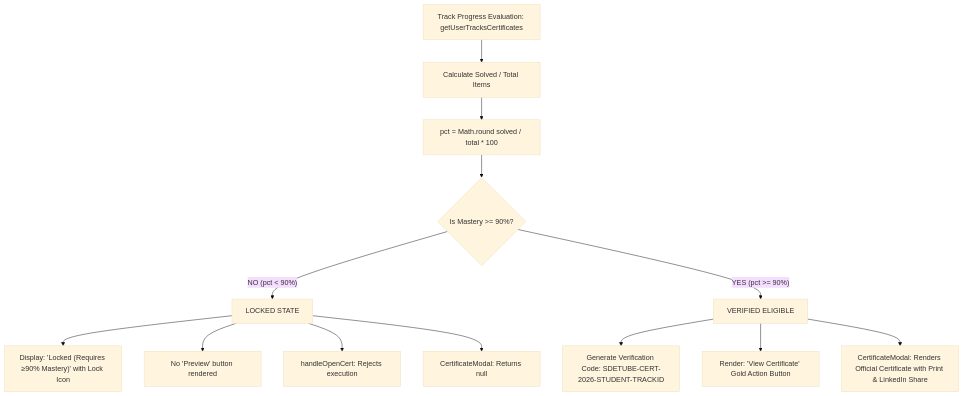
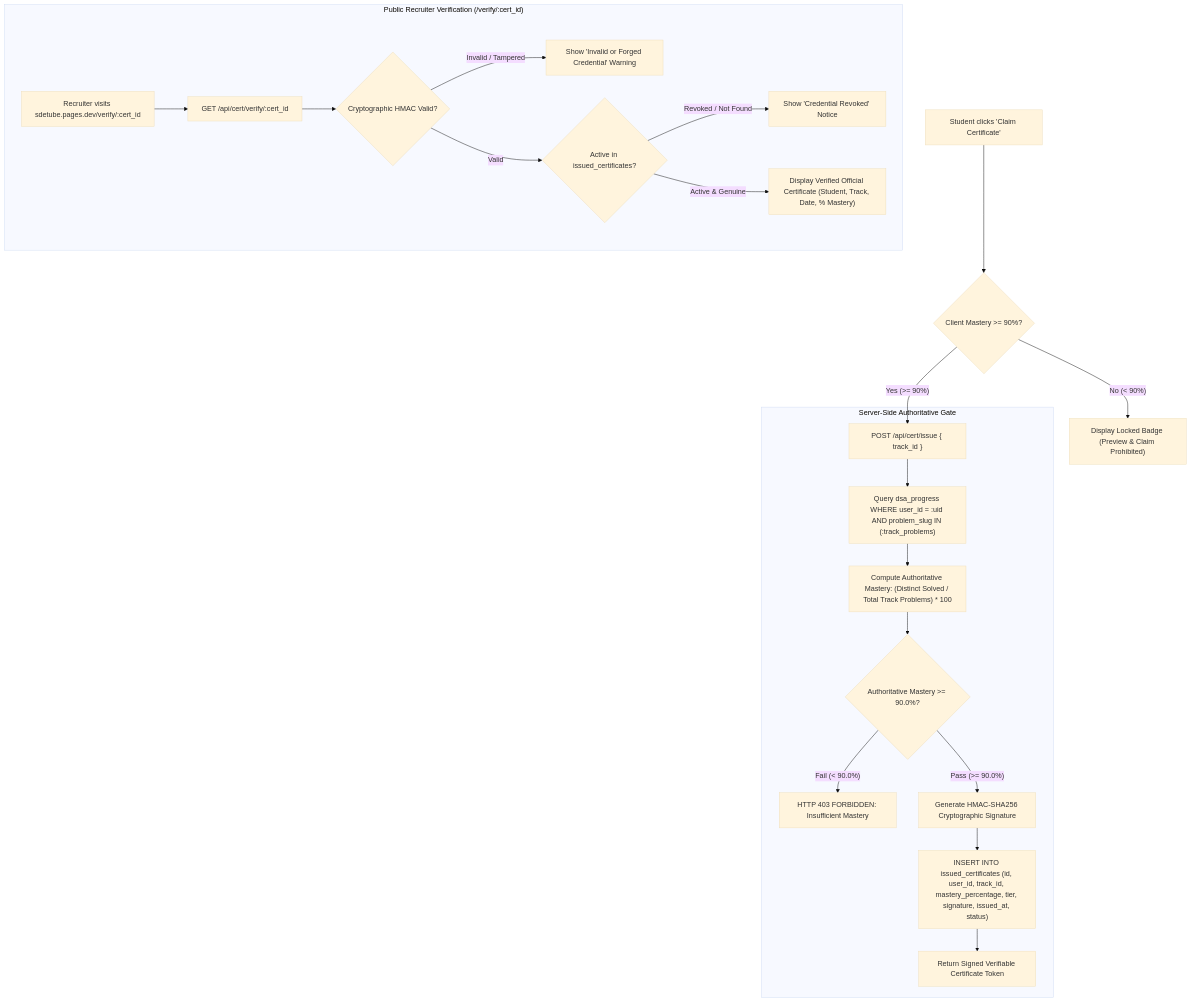
One commit to mdalamrahman/edustreams changed the eighth of 9 diagrams in SYSTEM_ARCHITECTURE_LLD_HLD.md. Above: the diagram before and after it, drawn with Mermaid (base theme). The commit also changed other lines of this file and 3 other files, not shown here.

Commit message:
docs & arch: resolve wallet pricing boundary, cryptographic cert verification, normalized progress data model, canonical problem tagging, and strategic additions

````diff
--- a/SYSTEM_ARCHITECTURE_LLD_HLD.md
+++ b/SYSTEM_ARCHITECTURE_LLD_HLD.md
@@ -322,17 +349,25 @@
 ```mermaid
 graph TD
-    TRACK[Track Progress Evaluation: getUserTracksCertificates] --> CALC[Calculate Solved / Total Items]
-    CALC --> PCT[pct = Math.round solved / total * 100]
-    PCT --> GATE{Is Mastery >= 90%?}
-    
-    GATE -- "NO (pct < 90%)" --> LOCKED["LOCKED STATE"]
-    LOCKED --> UI_LOCK["Display: 'Locked (Requires ≥90% Mastery)' with Lock Icon"]
-    LOCKED --> NO_PREVIEW["No 'Preview' button rendered"]
-    LOCKED --> GUARD_OPEN["handleOpenCert: Rejects execution"]
-    LOCKED --> MODAL_REJECT["CertificateModal: Returns null"]
-    
-    GATE -- "YES (pct >= 90%)" --> UNLOCKED["VERIFIED ELIGIBLE"]
-    UNLOCKED --> GEN_ID["Generate Verification Code: SDETUBE-CERT-2026-STUDENT-TRACKID"]
-    UNLOCKED --> UI_VIEW["Render: 'View Certificate' Gold Action Button"]
-    UNLOCKED --> MODAL_ACTIVE["CertificateModal: Renders Official Certificate with Print & LinkedIn Share"]
+    CLICK["Student clicks 'Claim Certificate'"] --> CLIENT_PRECHECK{Client Mastery >= 90%?}
+    CLIENT_PRECHECK -- "No (< 90%)" --> LOCK_UI["Display Locked Badge (Preview & Claim Prohibited)"]
+    CLIENT_PRECHECK -- "Yes (>= 90%)" --> API_ISSUE["POST /api/cert/issue { track_id }"]
+
+    subgraph ServerSideVerification ["Server-Side Authoritative Gate"]
+        API_ISSUE --> DB_QUERY["Query dsa_progress WHERE user_id = :uid AND problem_slug IN (:track_problems)"]
+        DB_QUERY --> CALC_PCT["Compute Authoritative Mastery: (Distinct Solved / Total Track Problems) * 100"]
+        CALC_PCT --> STRICT_CHECK{Authoritative Mastery >= 90.0%?}
+        STRICT_CHECK -- "Fail (< 90.0%)" --> REJECT_403["HTTP 403 FORBIDDEN: Insufficient Mastery"]
+        STRICT_CHECK -- "Pass (>= 90.0%)" --> SIGN_HMAC["Generate HMAC-SHA256 Cryptographic Signature"]
+        SIGN_HMAC --> DB_INSERT["INSERT INTO issued_certificates (id, user_id, track_id, mastery_percentage, tier, signature, issued_at, status)"]
+        DB_INSERT --> RETURN_TOKEN["Return Signed Verifiable Certificate Token"]
+    end
+
+    subgraph PublicRecruiterVerification ["Public Recruiter Verification (/verify/:cert_id)"]
+        RECRUITER["Recruiter visits sdetube.pages.dev/verify/:cert_id"] --> VERIFY_API["GET /api/cert/verify/:cert_id"]
+        VERIFY_API --> SIG_VALIDATE{Cryptographic HMAC Valid?}
+        SIG_VALIDATE -- "Invalid / Tampered" --> SHOW_FRAUD["Show 'Invalid or Forged Credential' Warning"]
+        SIG_VALIDATE -- "Valid" --> DB_LOOKUP{Active in issued_certificates?}
+        DB_LOOKUP -- "Revoked / Not Found" --> SHOW_REVOKED["Show 'Credential Revoked' Notice"]
+        DB_LOOKUP -- "Active & Genuine" --> SHOW_OFFICIAL["Display Verified Official Certificate (Student, Track, Date, % Mastery)"]
+    end
 ```
````
